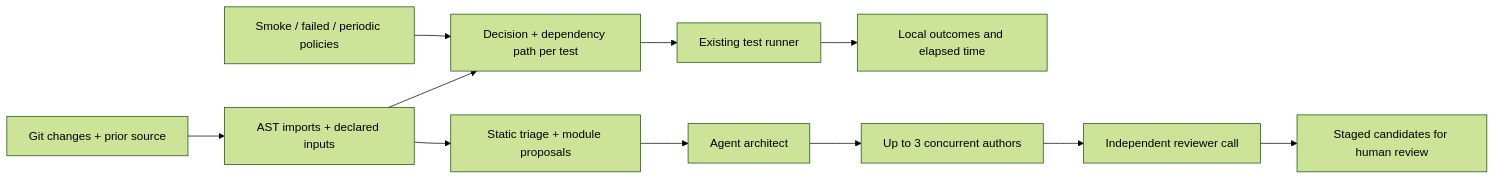
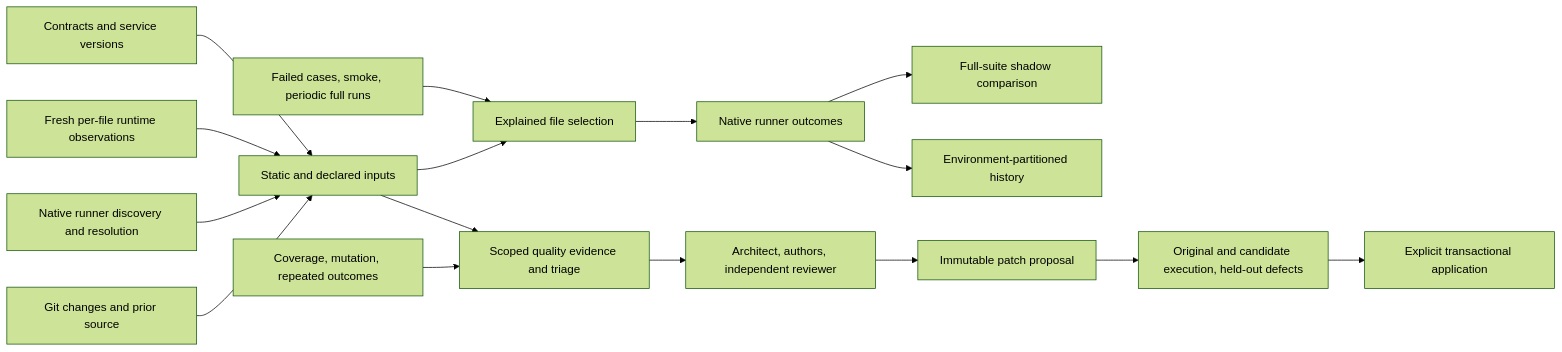
The diagram in docs/architecture.md (rudycelekli/testlore), drawn with Mermaid (forest theme) before and after one commit. The commit also changed other lines of this file and 38 other files, not shown here.

Commit message:
Implement measured evidence and the default branch-to-PR quality workflow

````diff
--- a/docs/architecture.md
+++ b/docs/architecture.md
@@ -11,13 +5,18 @@
 ```mermaid
 flowchart LR
-  Git[Git changes + prior source] --> Graph[AST imports + declared inputs]
-  Graph --> Plan[Decision + dependency path per test]
-  Policy[Smoke / failed / periodic policies] --> Plan
-  Plan --> Runner[Existing test runner]
-  Runner --> History[Local outcomes and elapsed time]
-  Graph --> Audit[Static triage + module proposals]
-  Audit --> Architect[Agent architect]
-  Architect --> Authors[Up to 3 concurrent authors]
-  Authors --> Reviewer[Independent reviewer call]
-  Reviewer --> Candidates[Staged candidates for human review]
+  Git[Git changes and prior source] --> Graph[Static and declared inputs]
+  Native[Native runner discovery and resolution] --> Graph
+  Runtime[Fresh per-file runtime observations] --> Graph
+  Services[Contracts and service versions] --> Graph
+  Graph --> Plan[Explained file selection]
+  Policy[Failed cases, smoke, periodic full runs] --> Plan
+  Plan --> Runner[Native runner outcomes]
+  Runner --> Shadow[Full-suite shadow comparison]
+  Runner --> History[Environment-partitioned history]
+  Coverage[Coverage, mutation, repeated outcomes] --> Audit[Scoped quality evidence and triage]
+  Graph --> Audit
+  Audit --> Agents[Architect, authors, independent reviewer]
+  Agents --> Stage[Immutable patch proposal]
+  Stage --> Validate[Original and candidate execution, held-out defects]
+  Validate --> Apply[Explicit transactional application]
 ```
````
